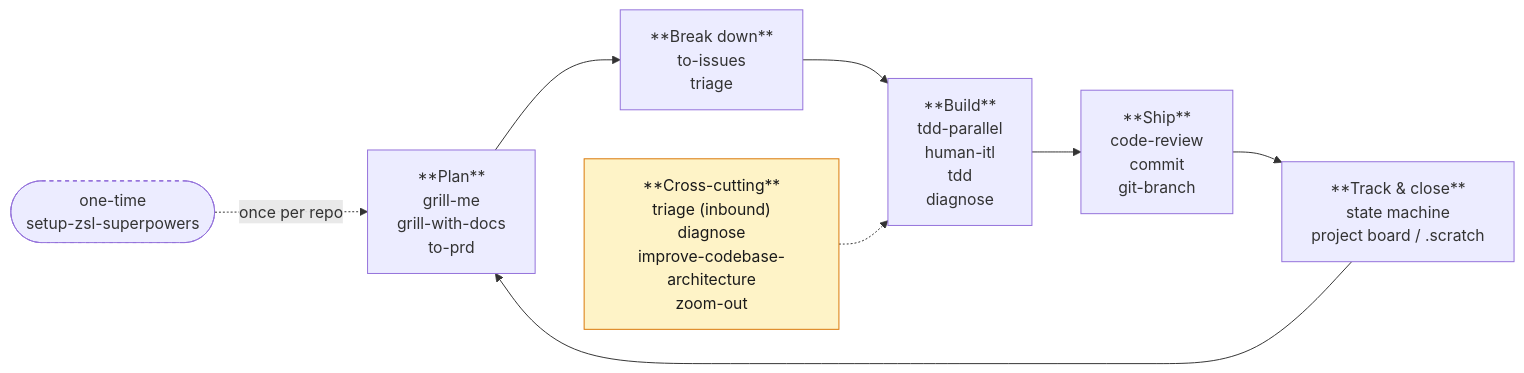
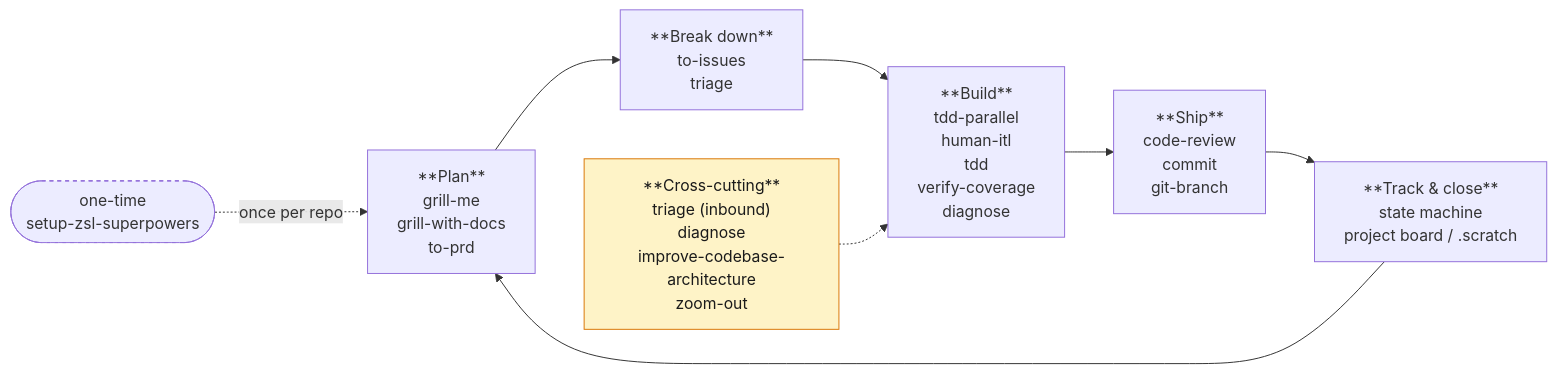
The first of 7 diagrams in docs/concepts/the-loop.md (ZunoSmartLabs/zsl-superpowers), drawn with Mermaid before and after one commit. The commit also changed other lines of this file and 12 other files, not shown here.

````diff
--- a/docs/concepts/the-loop.md
+++ b/docs/concepts/the-loop.md
@@ -14,18 +14,18 @@
 ```mermaid
 flowchart LR
     setup(["one-time<br/>setup-zsl-superpowers"]):::oneoff
     plan["**Plan**<br/>grill-me<br/>grill-with-docs<br/>to-prd"]
     breakdown["**Break down**<br/>to-issues<br/>triage"]
-    build["**Build**<br/>tdd-parallel<br/>human-itl<br/>tdd<br/>diagnose"]
+    build["**Build**<br/>tdd-parallel<br/>human-itl<br/>tdd<br/>verify-coverage<br/>diagnose"]
     ship["**Ship**<br/>code-review<br/>commit<br/>git-branch"]
     track["**Track & close**<br/>state machine<br/>project board / .scratch"]
 
     setup -.->|once per repo| plan
     plan --> breakdown --> build --> ship --> track --> plan
 
     cross["**Cross-cutting**<br/>triage (inbound)<br/>diagnose<br/>improve-codebase-architecture<br/>zoom-out"]:::cross
     cross -.-> build
 
     classDef oneoff stroke-dasharray: 4 4
     classDef cross fill:#fef3c7,stroke:#d97706,color:#1a1a1a
 ```
````
